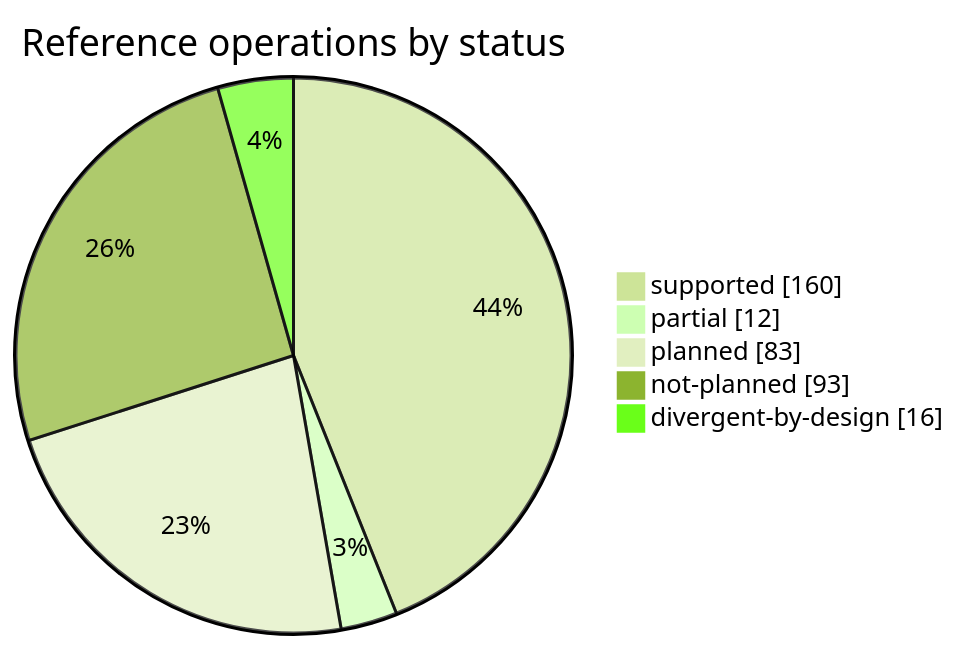
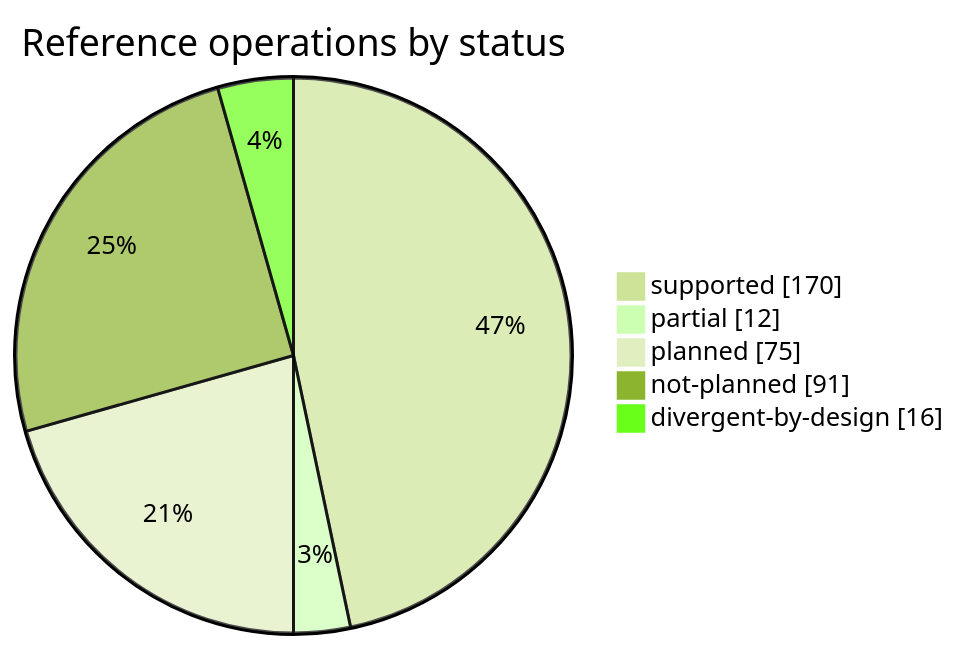
The first of 2 diagrams in docs/COVERAGE.md (rafaelvieiras/tinyfin), drawn with Mermaid (forest theme) before and after one commit. The commit also changed other lines of this file and 29 other files, not shown here.

````diff
--- a/docs/COVERAGE.md
+++ b/docs/COVERAGE.md
@@ -32,8 +32,8 @@
 ```mermaid
 pie showData title Reference operations by status
-    "supported" : 160
+    "supported" : 170
     "partial" : 12
-    "planned" : 83
-    "not-planned" : 93
+    "planned" : 75
+    "not-planned" : 91
     "divergent-by-design" : 16
 ```
````
